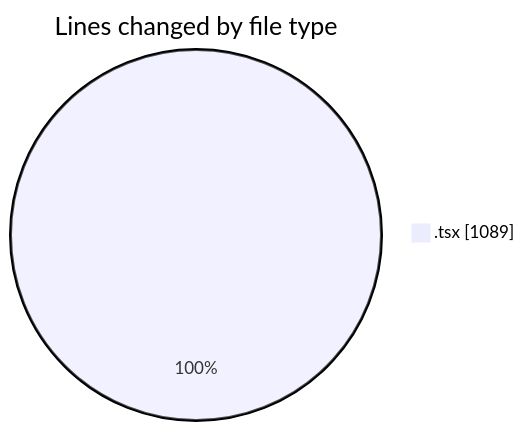
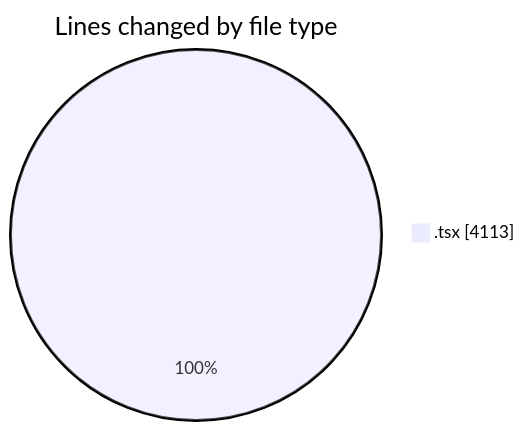
Before and after one commit to nxtqubesakshisongat/code-tracking: the first of 2 diagrams in 2026-08-23/nxtqube_webapp/README.md, drawn with Mermaid. The commit also changed other lines of this file and 1 other file, not shown here.

````diff
--- a/2026-08-23/nxtqube_webapp/README.md
+++ b/2026-08-23/nxtqube_webapp/README.md
@@ -23,5 +27,5 @@
 ```mermaid
 pie showData
 title Lines changed by file type
-".tsx" : 1089
+".tsx" : 4113
 ```
````
